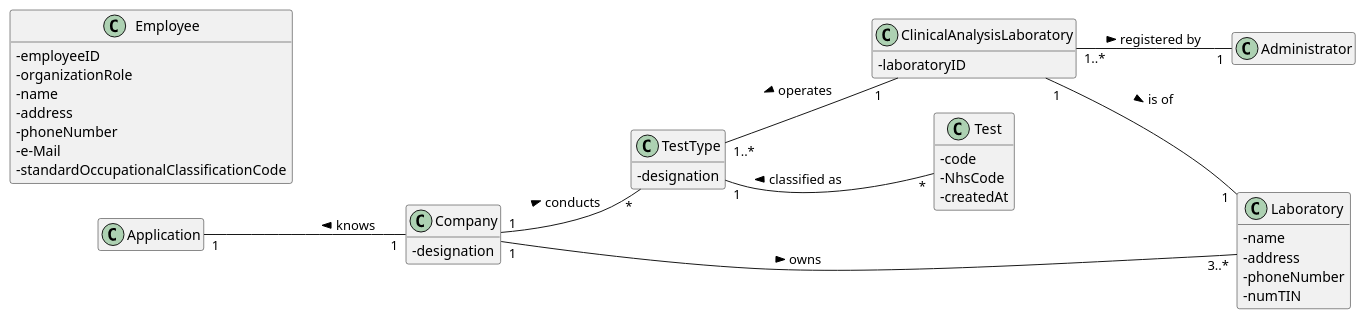
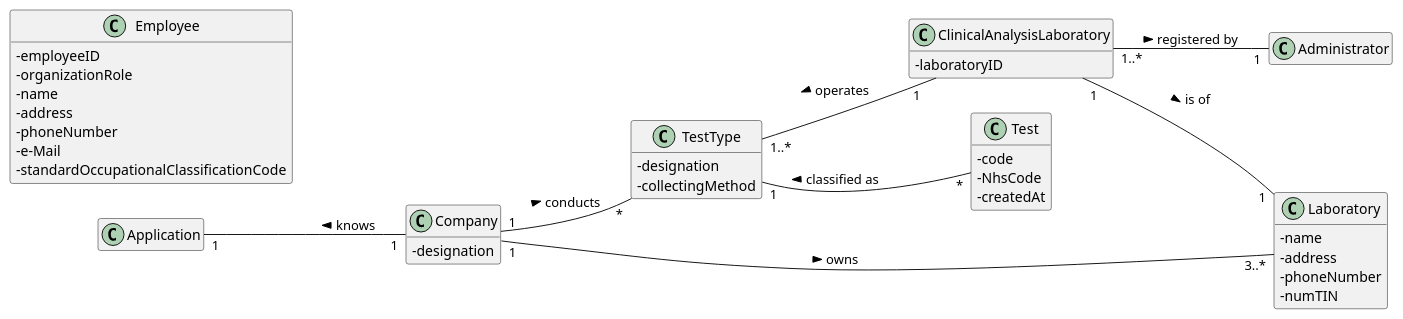
Before and after one commit to ana-albergaria/LAPR2-ISEP: the diagram in docs/SprintB/US_8/US8_DM.puml, drawn with PlantUML. The commit also changed 2 other files, not shown here.

Commit message:
Correcting Diagrams

```diff
--- a/docs/SprintB/US_8/US8_DM.puml
+++ b/docs/SprintB/US_8/US8_DM.puml
@@ -1,75 +1,76 @@
 @startuml
 
 skinparam classAttributeIconSize 0
 hide empty methods
 hide empty attributes
 left to right direction
 
 class Laboratory {
 - name
 - address
 - phoneNumber
 - numTIN
 }
 
 class Employee {
 - employeeID
 - organizationRole
 - name
 - address
 - phoneNumber
 - e-Mail
 - standardOccupationalClassificationCode
 }
 
 class Test{
 - code
 - NhsCode
 - createdAt
 }
 
 class ClinicalAnalysisLaboratory{
 - laboratoryID
 }
 
 class Application{}
 
 class TestType{
 - designation
+- collectingMethod
 }
 
 class Company{
 - designation
 }
 
 class Administrator{}
 
 together {
 class TestType
 class Laboratory
 }
 
 Company -[hidden]-> TestType
 Company -[hidden]-> Laboratory
 
 
 /' LAYOUT PURPOSES '/
 ClinicalAnalysisLaboratory -[hidden]down-> Laboratory
 Test -[hidden]up-> TestType
 ClinicalAnalysisLaboratory -[hidden]up-> TestType
 
 
 /' END OF LAYOUT PURPOSES '/
 
 Company "1" -- "3..*" Laboratory : owns >
 ClinicalAnalysisLaboratory "1" -- "1" Laboratory : is of >
 /'Employee "1..*" - "1" Company : works for >'/
 Company "1" -- "*" TestType : conducts >
 
 /' MUDAR SENTIDO DA SETA? POR CAUSA DO RATIONALE '/
 Application "1" -- "1" Company : knows <
 Test "*" -- "1" TestType : classified as >
 ClinicalAnalysisLaboratory "1" -- "1..*" TestType : operates >
 ClinicalAnalysisLaboratory "1..*" -- "1" Administrator : registered by >
 
 @enduml
```
